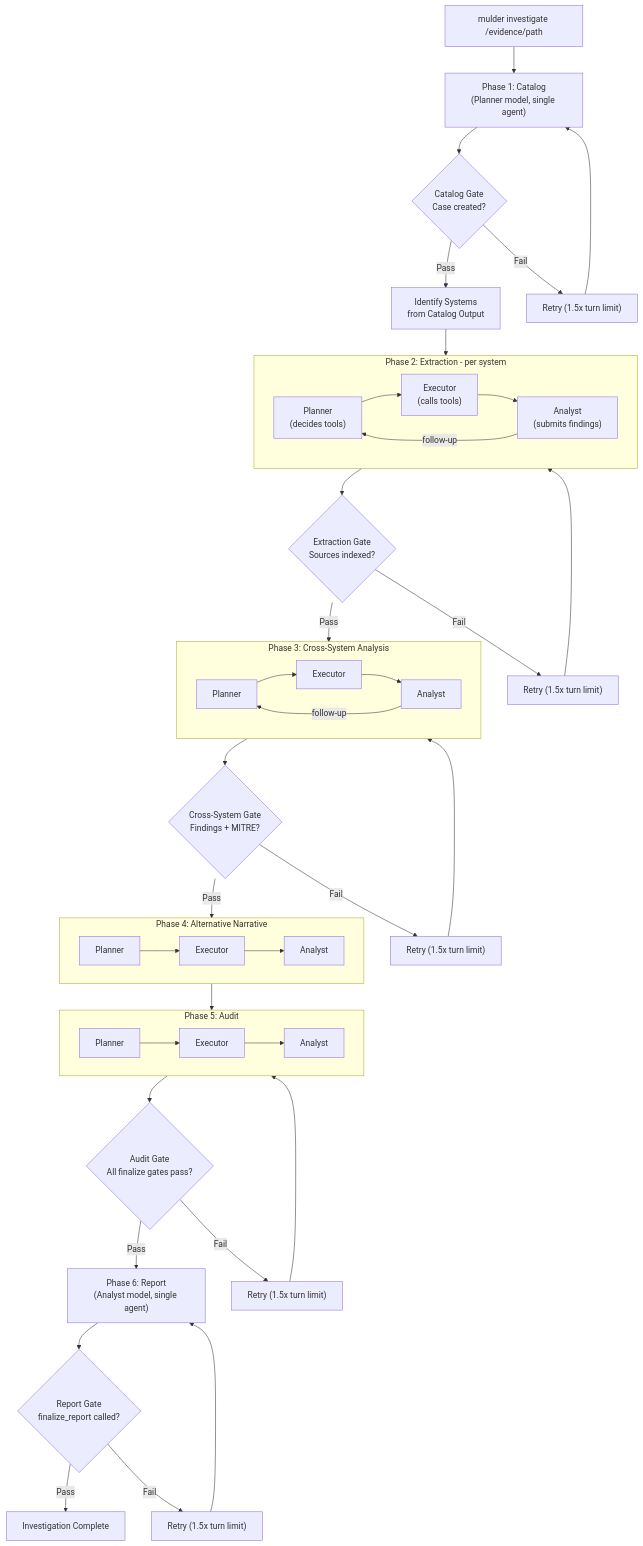
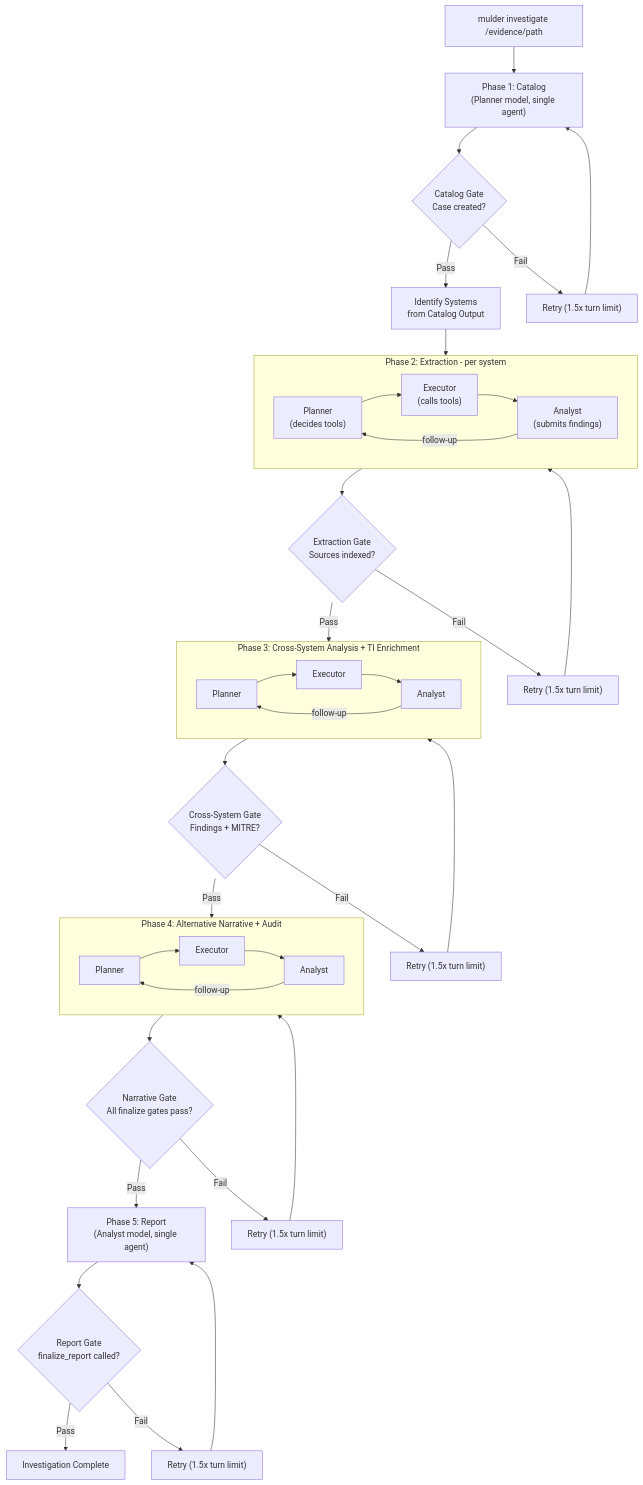
The fourth of 7 diagrams in docs/architecture.md (calebevans/mulder), drawn with Mermaid before and after one commit. The commit also changed other lines of this file and 101 other files, not shown here.

````diff
--- a/docs/architecture.md
+++ b/docs/architecture.md
@@ -123,55 +143,50 @@
 ```mermaid
 flowchart TD
     start["mulder investigate /evidence/path"] --> catalog
     catalog["Phase 1: Catalog\n(Planner model, single agent)"]
     catalog --> catalogGate{"Catalog Gate\nCase created?"}
     catalogGate -->|"Pass"| identifySystems["Identify Systems\nfrom Catalog Output"]
     catalogGate -->|"Fail"| retryC["Retry (1.5x turn limit)"]
     retryC --> catalog
 
     identifySystems --> extraction
 
     subgraph extraction [Phase 2: Extraction - per system]
         ep["Planner\n(decides tools)"]
         ee["Executor\n(calls tools)"]
         ea["Analyst\n(submits findings)"]
         ep --> ee --> ea
         ea -->|"follow-up"| ep
     end
 
     extraction --> extractionGate{"Extraction Gate\nSources indexed?"}
     extractionGate -->|"Pass"| crossSystem
     extractionGate -->|"Fail"| retryE["Retry (1.5x turn limit)"]
     retryE --> extraction
 
-    subgraph crossSystem [Phase 3: Cross-System Analysis]
+    subgraph crossSystem [Phase 3: Cross-System Analysis + TI Enrichment]
         cp["Planner"] --> ce["Executor"] --> ca["Analyst"]
         ca -->|"follow-up"| cp
     end
 
     crossSystem --> crossGate{"Cross-System Gate\nFindings + MITRE?"}
     crossGate -->|"Pass"| altNarrative
     crossGate -->|"Fail"| retryCS["Retry (1.5x turn limit)"]
     retryCS --> crossSystem
 
-    subgraph altNarrative [Phase 4: Alternative Narrative]
+    subgraph altNarrative [Phase 4: Alternative Narrative + Audit]
         np["Planner"] --> ne["Executor"] --> na["Analyst"]
+        na -->|"follow-up"| np
     end
 
-    altNarrative --> audit
+    altNarrative --> narrativeGate{"Narrative Gate\nAll finalize gates pass?"}
+    narrativeGate -->|"Pass"| report
+    narrativeGate -->|"Fail"| retryN["Retry (1.5x turn limit)"]
+    retryN --> altNarrative
 
-    subgraph audit [Phase 5: Audit]
-        ap["Planner"] --> ae["Executor"] --> aa["Analyst"]
-    end
-
-    audit --> auditGate{"Audit Gate\nAll finalize gates pass?"}
-    auditGate -->|"Pass"| report
-    auditGate -->|"Fail"| retryA["Retry (1.5x turn limit)"]
-    retryA --> audit
-
-    report["Phase 6: Report\n(Analyst model, single agent)"]
+    report["Phase 5: Report\n(Analyst model, single agent)"]
     report --> reportGate{"Report Gate\nfinalize_report called?"}
     reportGate -->|"Pass"| done["Investigation Complete"]
     reportGate -->|"Fail"| retryR["Retry (1.5x turn limit)"]
     retryR --> report
 ```
````
